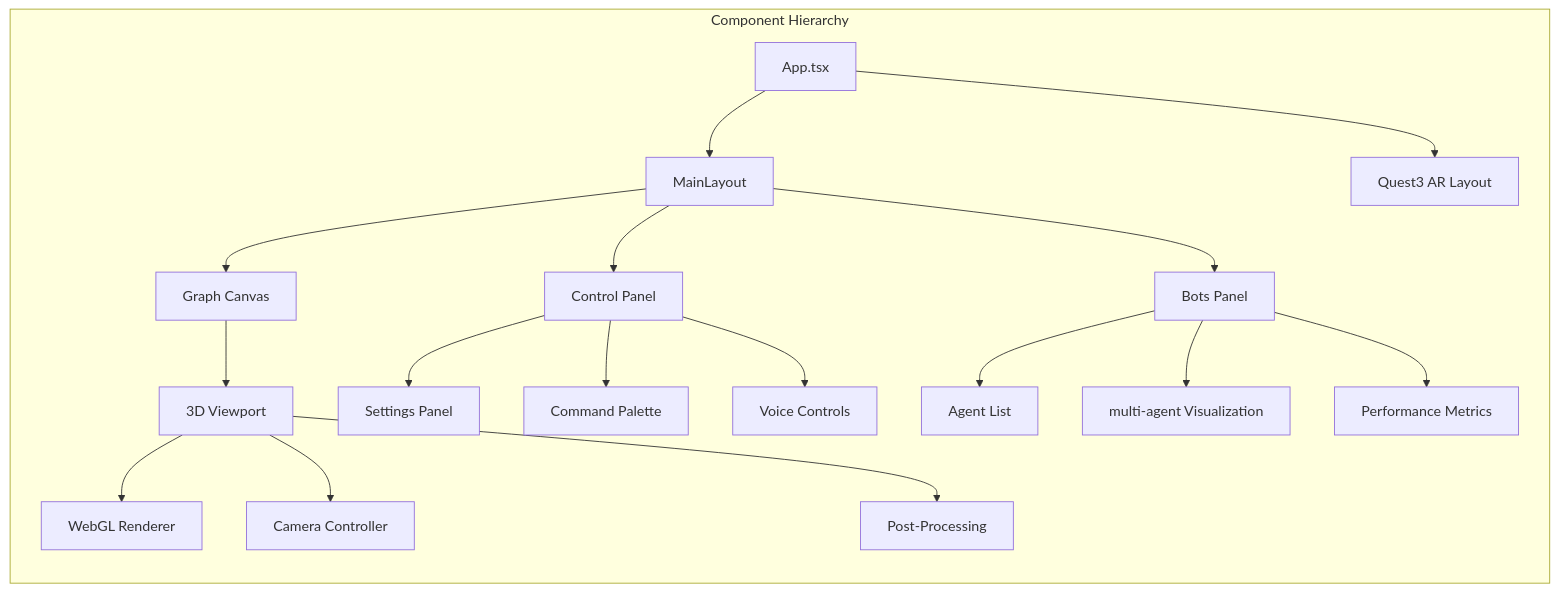
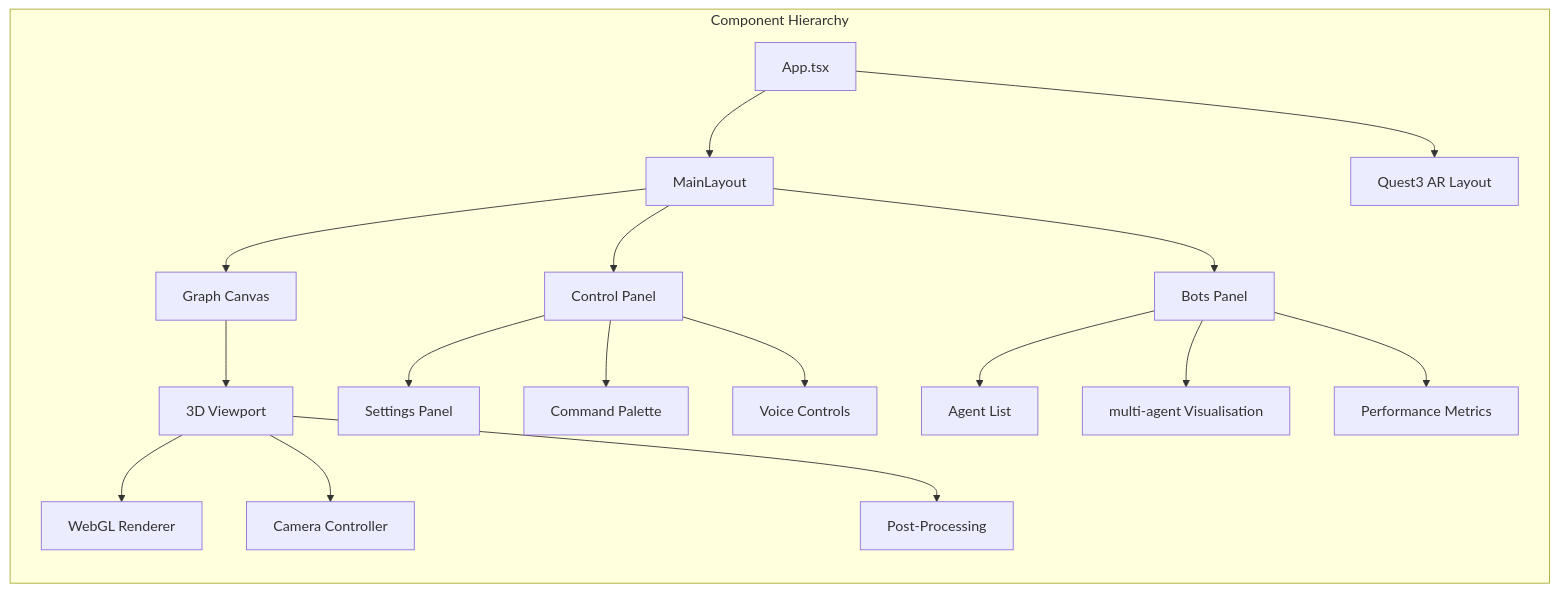
One commit to DreamLab-AI/VisionFlow changed the third of 5 diagrams in docs/architecture/system-overview.md. Above: the diagram before and after it, drawn with Mermaid. The commit also changed other lines of this file and 215 other files, not shown here.

````diff
--- a/docs/architecture/system-overview.md
+++ b/docs/architecture/system-overview.md
@@ -302,25 +304,25 @@
 ```mermaid
 graph LR
     subgraph "Component Hierarchy"
         App[App.tsx]
         App --> MainLayout[MainLayout]
         App --> Quest3Layout[Quest3 AR Layout]
 
         MainLayout --> GraphCanvas[Graph Canvas]
         MainLayout --> ControlPanel[Control Panel]
         MainLayout --> BotsPanel[Bots Panel]
 
         GraphCanvas --> Viewport[3D Viewport]
         Viewport --> Renderer[WebGL Renderer]
         Viewport --> Camera[Camera Controller]
         Viewport --> Effects[Post-Processing]
 
         ControlPanel --> Settings[Settings Panel]
         ControlPanel --> Commands[Command Palette]
         ControlPanel --> Voice[Voice Controls]
 
         BotsPanel --> AgentList[Agent List]
-        BotsPanel --> multi-agentViz[multi-agent Visualization]
+        BotsPanel --> multi-agentViz[multi-agent Visualisation]
         BotsPanel --> Metrics[Performance Metrics]
     end
 ```
````
